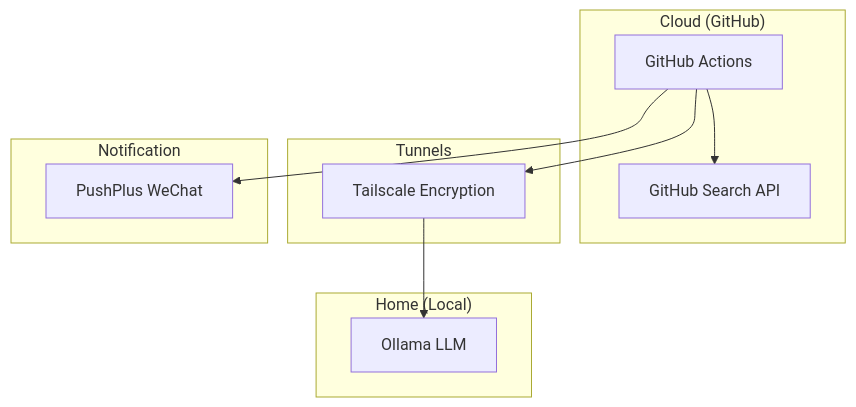
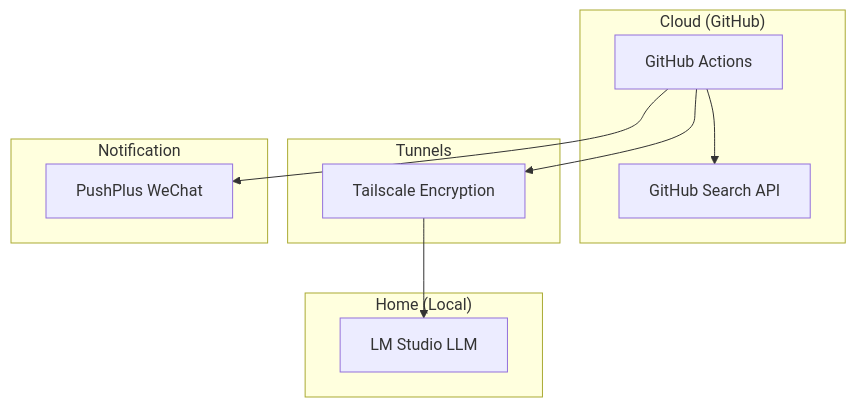
Before and after one commit to cuiqingwei/daily-AI: the diagram in README.md, drawn with Mermaid. The commit also changed other lines of this file and 7 other files, not shown here.

````diff
--- a/README.md
+++ b/README.md
@@ -20,24 +20,24 @@
 ```mermaid
 graph TD
     subgraph "Cloud (GitHub)"
         GA[GitHub Actions]
         GS[GitHub Search API]
     end
 
     subgraph "Tunnels"
         TS[Tailscale Encryption]
     end
 
     subgraph "Home (Local)"
-        LO[Ollama LLM]
+        LO[LM Studio LLM]
     end
 
     subgraph "Notification"
         PP[PushPlus WeChat]
     end
 
     GA --> GS
     GA --> TS
     TS --> LO
     GA --> PP
 ```
````
